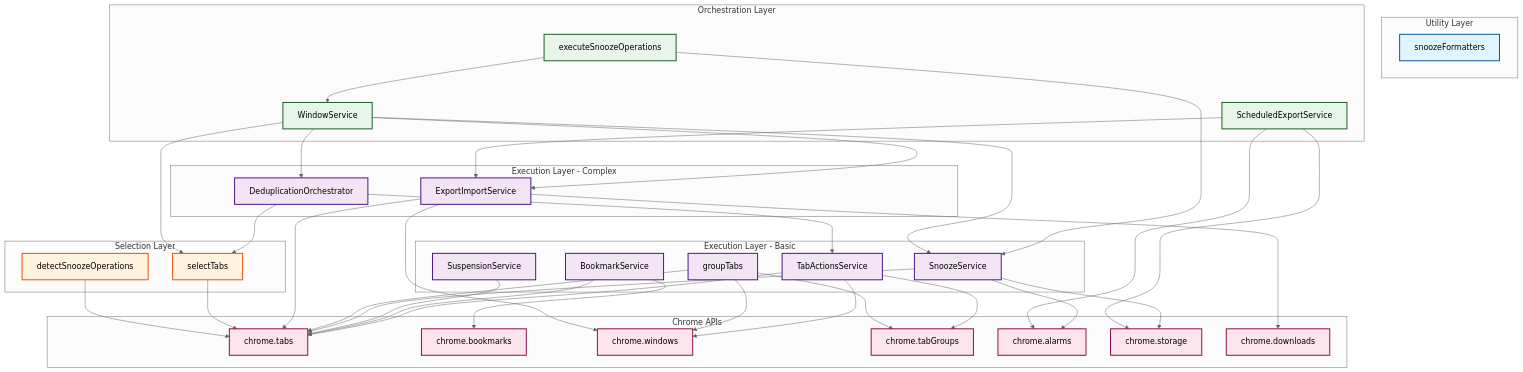
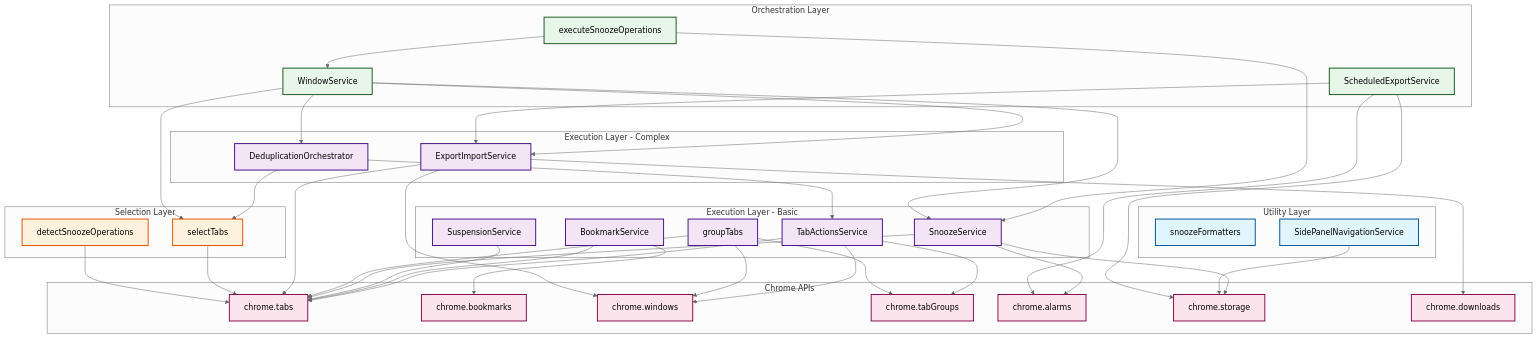
Before and after one commit to lenulus/tabtasktick: the first of 2 diagrams in docs/service-dependencies.md, drawn with Mermaid (neutral theme). The commit also changed other lines of this file, not shown here.

First line of the commit message:
docs: Add SidePanelNavigationService to service dependencies

```diff
--- a/docs/service-dependencies.md
+++ b/docs/service-dependencies.md
@@ -30,6 +30,7 @@
 
     subgraph "Utility Layer"
         FORMATTERS[snoozeFormatters]
+        SIDEPANELNAV[SidePanelNavigationService]
     end
 
     subgraph "Selection Layer"
@@ -73,6 +74,9 @@
     EXPORT --> WINDOWS
     EXPORT --> DOWNLOADS
 
+    %% Chrome API Dependencies (Utility → Chrome)
+    SIDEPANELNAV --> STORAGE
+
     %% Chrome API Dependencies (Selection → Chrome)
     SELECT --> TABS
     DETECT --> TABS
@@ -97,7 +101,7 @@
     classDef orchLayer fill:#e8f5e9,stroke:#1b5e20,stroke-width:2px
     classDef chromeApi fill:#fce4ec,stroke:#880e4f,stroke-width:2px
 
-    class FORMATTERS utilLayer
+    class FORMATTERS,SIDEPANELNAV utilLayer
     class SELECT,DETECT selectLayer
     class TABACTIONS,BOOKMARK,SUSPEND,SNOOZE,GROUP,EXPORT,DEDUP execLayer
     class EXECSNOOZE,WINDOW,SCHEDULED orchLayer
```
